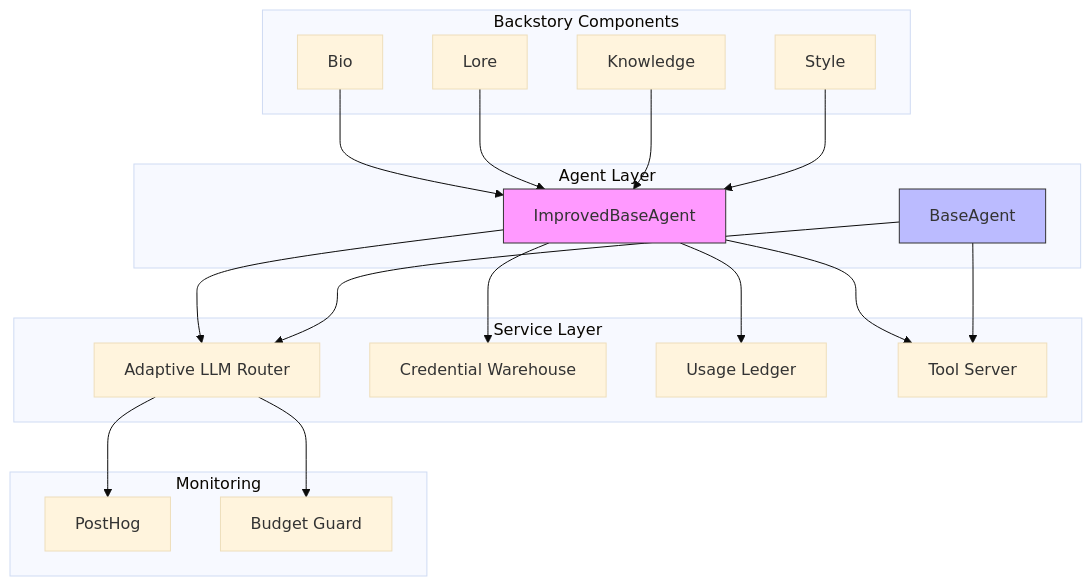
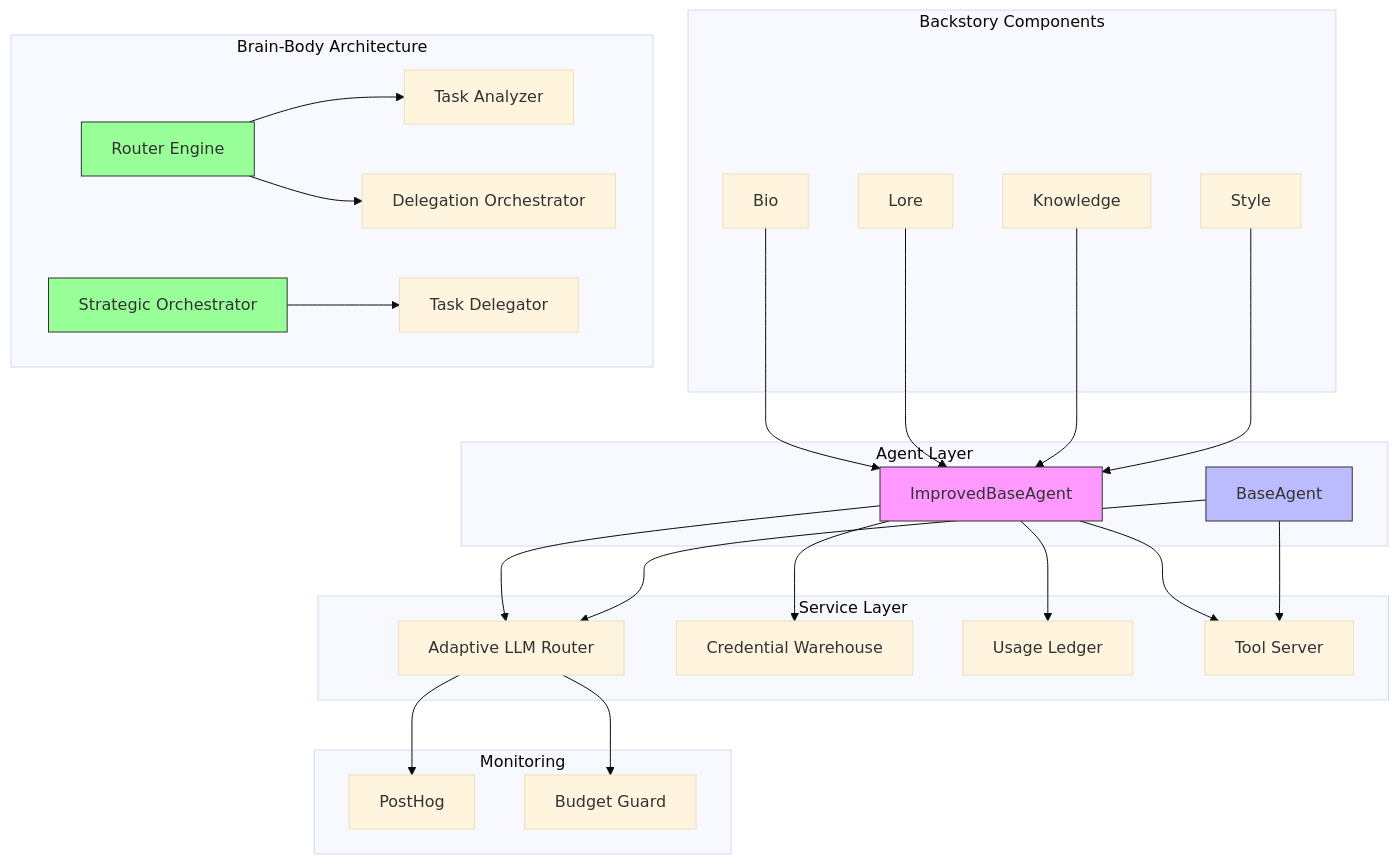
One commit to 371-Minds/os changed the second of 9 diagrams in .qoder/repowiki/en/content/Agent Ecosystem/Base Agent Implementation.md. Above: the diagram before and after it, drawn with Mermaid (base theme). The commit also changed other lines of this file and 28 other files, not shown here.

````diff
--- a/.qoder/repowiki/en/content/Agent Ecosystem/Base Agent Implementation.md
+++ b/.qoder/repowiki/en/content/Agent Ecosystem/Base Agent Implementation.md
@@ -100,37 +128,49 @@
 ```mermaid
 graph TB
 subgraph "Agent Layer"
 IBA[ImprovedBaseAgent]
 BA[BaseAgent]
 end
 subgraph "Service Layer"
 ALR[Adaptive LLM Router]
 CW[Credential Warehouse]
 UL[Usage Ledger]
 TS[Tool Server]
 end
 subgraph "Monitoring"
 PH[PostHog]
 BF[Budget Guard]
 end
 subgraph "Backstory Components"
 BT[Bio]
 LT[Lore]
 KT[Knowledge]
 ST[Style]
 end
+subgraph "Brain-Body Architecture"
+RE[Router Engine]
+TA[Task Analyzer]
+DO[Delegation Orchestrator]
+SO[Strategic Orchestrator]
+TD[Task Delegator]
+end
 IBA --> ALR
 IBA --> CW
 IBA --> UL
 BA --> ALR
 ALR --> PH
 ALR --> BF
 IBA --> TS
 BA --> TS
 BT --> IBA
 LT --> IBA
 KT --> IBA
 ST --> IBA
+RE --> TA
+RE --> DO
+SO --> TD
 style IBA fill:#f9f,stroke:#333
 style BA fill:#bbf,stroke:#333
+style RE fill:#9f9,stroke:#333
+style SO fill:#9f9,stroke:#333
 ```
````
